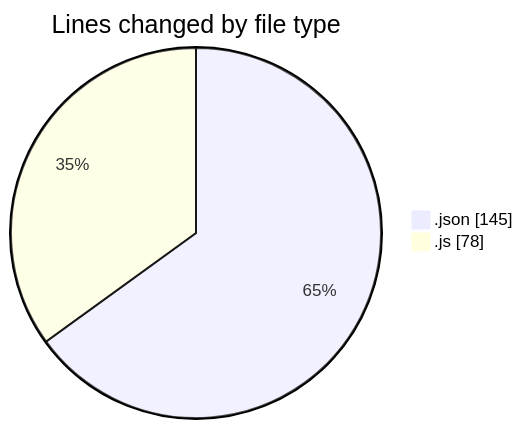
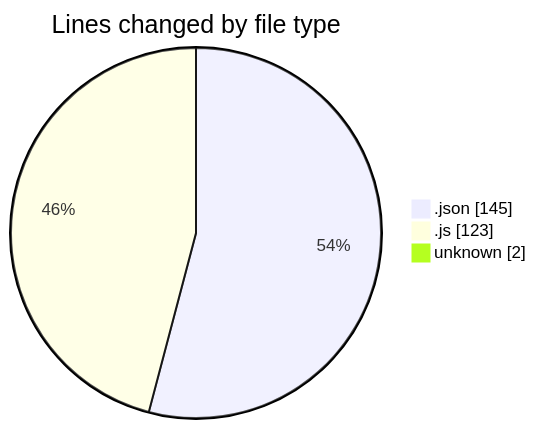
The first of 2 diagrams in 2026-08-01/mono-test/README.md (yexinjia/code-tracking), drawn with Mermaid before and after one commit. The commit also changed other lines of this file and 1 other file, not shown here.

````diff
--- a/2026-08-01/mono-test/README.md
+++ b/2026-08-01/mono-test/README.md
@@ -21,6 +22,7 @@
 ```mermaid
 pie showData
 title Lines changed by file type
 ".json" : 145
-".js" : 78
+".js" : 123
+"unknown" : 2
 ```
````
